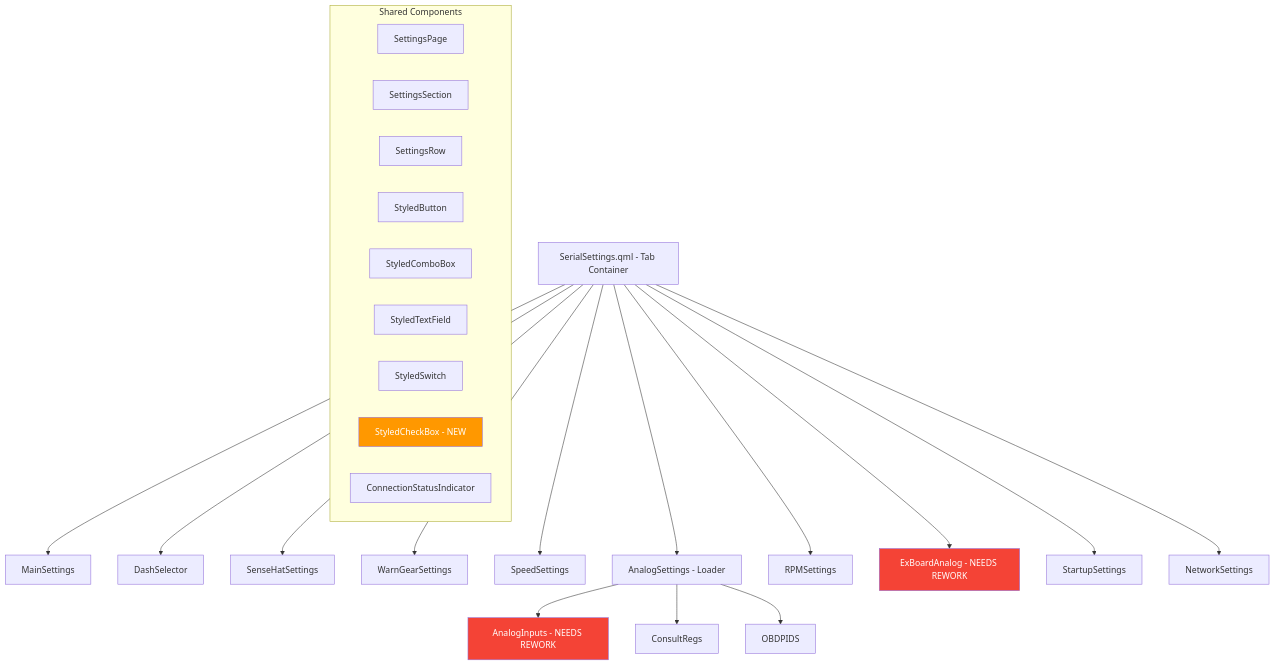
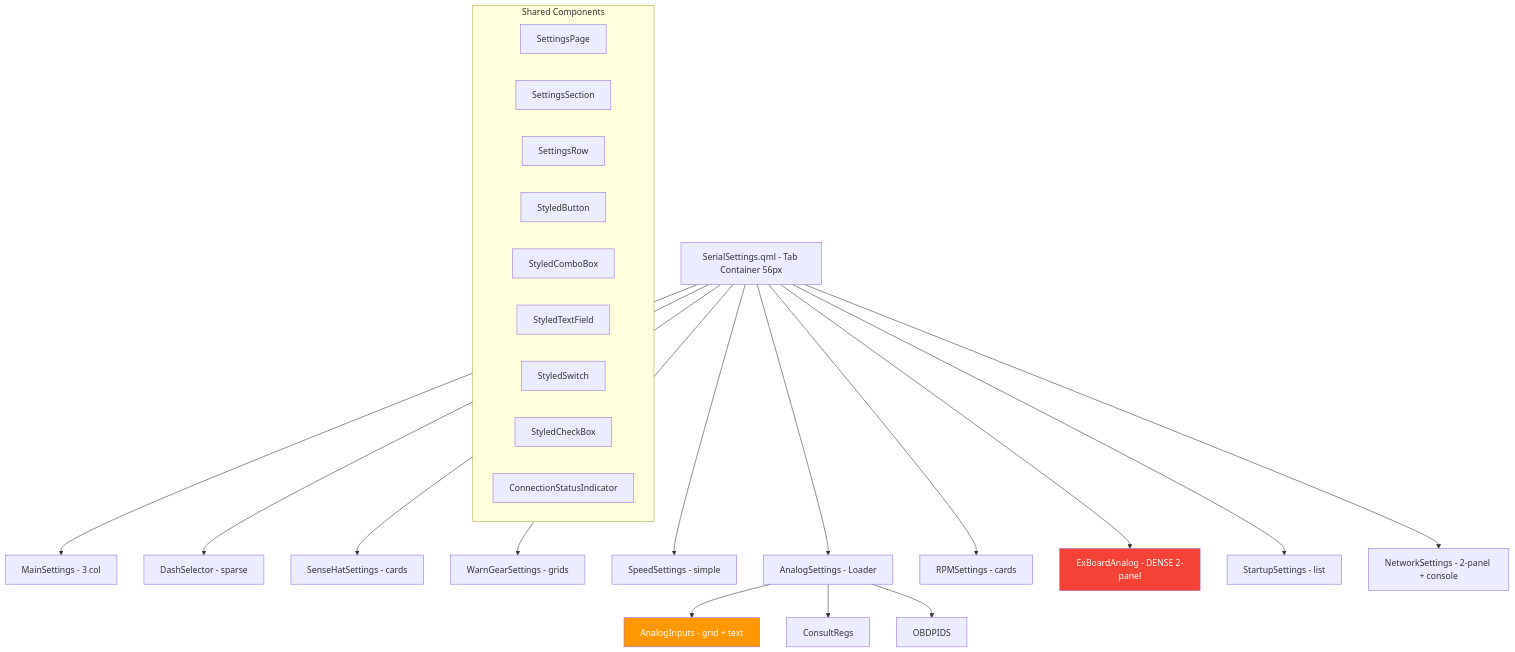
The diagram in .kilocode/plans/settings_ui_cleanup.plan.md (PrismAero/PowerTuneDigitalOfficial_Prism), drawn with Mermaid before and after one commit. The commit also changed other lines of this file and 9 other files, not shown here.

````diff
--- a/.kilocode/plans/settings_ui_cleanup.plan.md
+++ b/.kilocode/plans/settings_ui_cleanup.plan.md
@@ -242,33 +407,32 @@
 ```mermaid
 graph TD
-    SS[SerialSettings.qml - Tab Container] --> MS[MainSettings]
-    SS --> DS[DashSelector]
-    SS --> SH[SenseHatSettings]
-    SS --> WG[WarnGearSettings]
-    SS --> SP[SpeedSettings]
+    SS[SerialSettings.qml - Tab Container 56px] --> MS[MainSettings - 3 col]
+    SS --> DS[DashSelector - sparse]
+    SS --> SH[SenseHatSettings - cards]
+    SS --> WG[WarnGearSettings - grids]
+    SS --> SP[SpeedSettings - simple]
     SS --> AS[AnalogSettings - Loader]
-    SS --> RPM[RPMSettings]
-    SS --> EX[ExBoardAnalog - NEEDS REWORK]
-    SS --> SU[StartupSettings]
-    SS --> NS[NetworkSettings]
+    SS --> RPM[RPMSettings - cards]
+    SS --> EX[ExBoardAnalog - DENSE 2-panel]
+    SS --> SU[StartupSettings - list]
+    SS --> NS[NetworkSettings - 2-panel + console]
 
-    AS --> AI[AnalogInputs - NEEDS REWORK]
+    AS --> AI[AnalogInputs - grid + text]
     AS --> CR[ConsultRegs]
     AS --> OBD[OBDPIDS]
 
     subgraph Shared Components
         SettingsPage
         SettingsSection
         SettingsRow
         StyledButton
         StyledComboBox
         StyledTextField
         StyledSwitch
-        StyledCheckBox[StyledCheckBox - NEW]
+        StyledCheckBox
         ConnectionStatusIndicator
     end
 
     style EX fill:#F44336,color:#fff
-    style AI fill:#F44336,color:#fff
-    style StyledCheckBox fill:#FF9800,color:#fff
+    style AI fill:#FF9800,color:#fff
 ```
````
